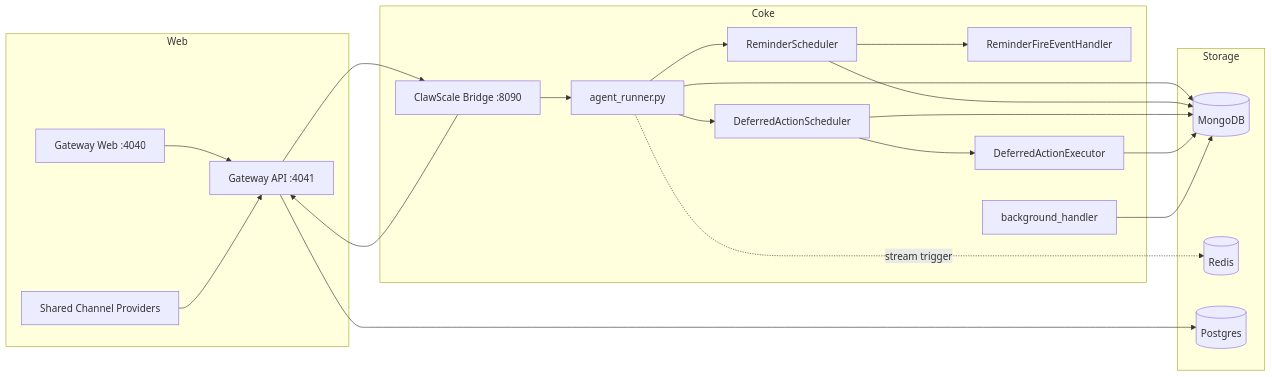
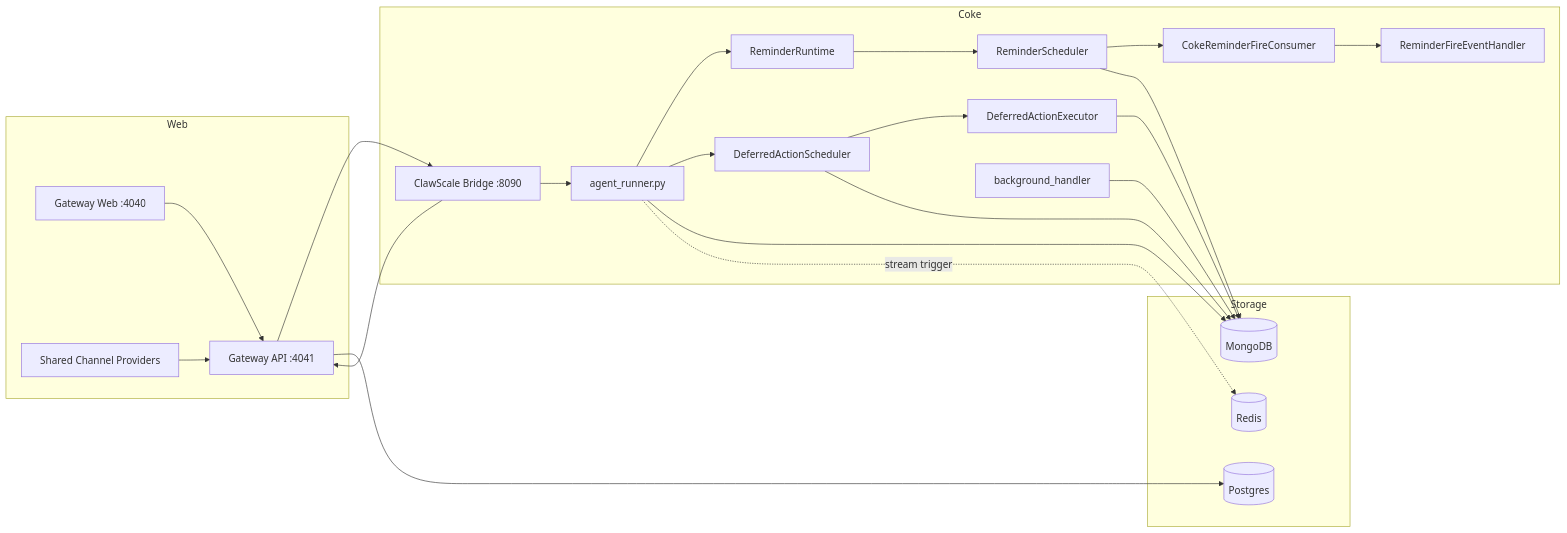
The diagram in docs/ARCHITECTURE.md (yidianyiko/openCoke), drawn with Mermaid before and after one commit. The commit also changed other lines of this file and 20 other files, not shown here.

Commit message:
feat: add reminder plugin runtime boundary

````diff
--- a/docs/ARCHITECTURE.md
+++ b/docs/ARCHITECTURE.md
@@ -48,41 +53,45 @@
 ```mermaid
 flowchart LR
     subgraph Web
         UI[Gateway Web :4040]
         API[Gateway API :4041]
         PROVIDERS[Shared Channel Providers]
     end
 
     subgraph Coke
         BRIDGE[ClawScale Bridge :8090]
         RUNNER[agent_runner.py]
+        RRUNTIME[ReminderRuntime]
         RSCHED[ReminderScheduler]
+        RFCONSUMER[CokeReminderFireConsumer]
         RHANDLER[ReminderFireEventHandler]
         SCHED[DeferredActionScheduler]
         EXEC[DeferredActionExecutor]
         BG[background_handler]
     end
 
     subgraph Storage
         MONGO[(MongoDB)]
         REDIS[(Redis)]
         PG[(Postgres)]
     end
 
     UI --> API
     PROVIDERS --> API
     API --> BRIDGE
     BRIDGE --> RUNNER
     BRIDGE --> API
-    RUNNER --> RSCHED
-    RSCHED --> RHANDLER
+    RUNNER --> RRUNTIME
+    RRUNTIME --> RSCHED
+    RSCHED --> RFCONSUMER
+    RFCONSUMER --> RHANDLER
     RUNNER --> SCHED
     SCHED --> EXEC
     RUNNER --> MONGO
     RUNNER -. stream trigger .-> REDIS
     RSCHED --> MONGO
     SCHED --> MONGO
     EXEC --> MONGO
     BG --> MONGO
     API --> PG
 ```
````
